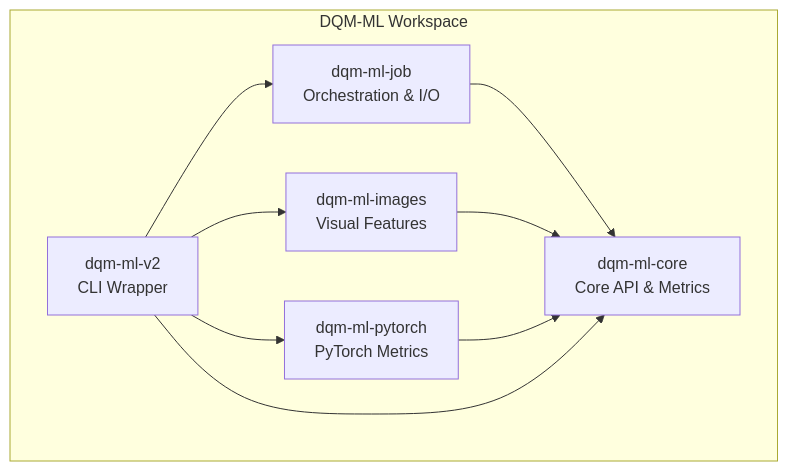
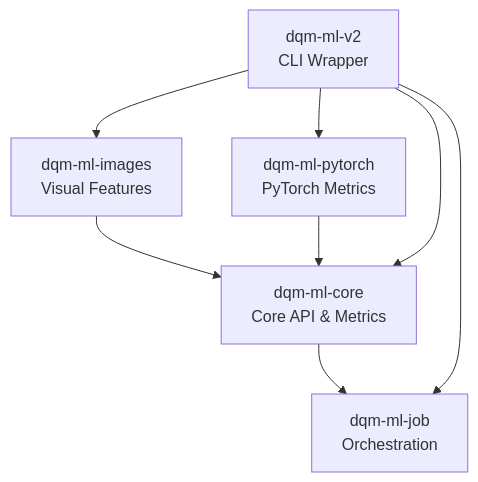
One commit to Safenai/dqm-ml-workspace changed the second of 2 diagrams in README.md. Above: the diagram before and after it, drawn with Mermaid. The commit also changed other lines of this file and 14 other files, not shown here.

First line of the commit message:
Add mermaid diagrams and improve documentation content

````diff
--- a/README.md
+++ b/README.md
@@ -269,18 +247,10 @@
 ```mermaid
 flowchart TB
-    subgraph workspace["DQM-ML Workspace"]
-        core["dqm-ml-core<br/>Core API & Metrics"]
-        job["dqm-ml-job<br/>Orchestration & I/O"]
-        images["dqm-ml-images<br/>Visual Features"]
-        pytorch["dqm-ml-pytorch<br/>PyTorch Metrics"]
-        v2["dqm-ml-v2<br/>CLI Wrapper"]
-    end
-    
-    job --> core
-    images --> core
-    pytorch --> core
-    v2 --> job
+    core[dqm-ml-core<br/>Core API & Metrics] --> job[dqm-ml-job<br/>Orchestration]
+    images[dqm-ml-images<br/>Visual Features] --> core
+    pytorch[dqm-ml-pytorch<br/>PyTorch Metrics] --> core
+    v2[dqm-ml-v2<br/>CLI Wrapper] --> job
     v2 --> core
     v2 --> images
     v2 --> pytorch
 ```
````
